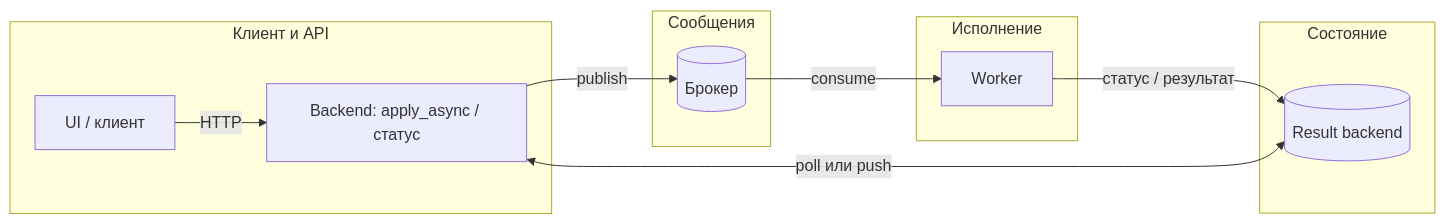
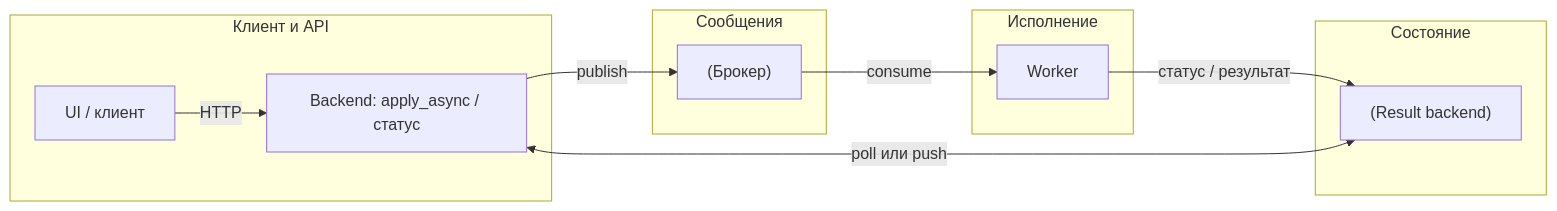
Before and after one commit to DDoSKudya/ai-study-atlas: the diagram in directions/services/celery/pact/16_proizvoditelnost_throughput_i_masshtabirovanie/02_16_chto_zhelatelno_znat_zaranee.md, drawn with Mermaid. The commit also changed 322 other files, not shown here.

Commit message:
fix(docs): make mermaid diagrams GitHub-compatible across directions content

````diff
--- a/directions/services/celery/pact/16_proizvoditelnost_throughput_i_masshtabirovanie/02_16_chto_zhelatelno_znat_zaranee.md
+++ b/directions/services/celery/pact/16_proizvoditelnost_throughput_i_masshtabirovanie/02_16_chto_zhelatelno_znat_zaranee.md
@@ -16,21 +16,21 @@
 ```mermaid
 flowchart LR
   subgraph edge["Клиент и API"]
-    UI[UI / клиент]
-    API[Backend: apply_async / статус]
+    UI["UI / клиент"]
+    API["Backend: apply_async / статус"]
   end
   subgraph transport["Сообщения"]
-    Br[(Брокер)]
+    Br["(Брокер)"]
   end
   subgraph exec["Исполнение"]
-    W[Worker]
+    W["Worker"]
   end
   subgraph state["Состояние"]
-    RB[(Result backend)]
+    RB["(Result backend)"]
   end
   UI -->|HTTP| API
   API -->|publish| Br
   Br -->|consume| W
   W -->|статус / результат| RB
   API <-->|poll или push| RB
 ```
````
